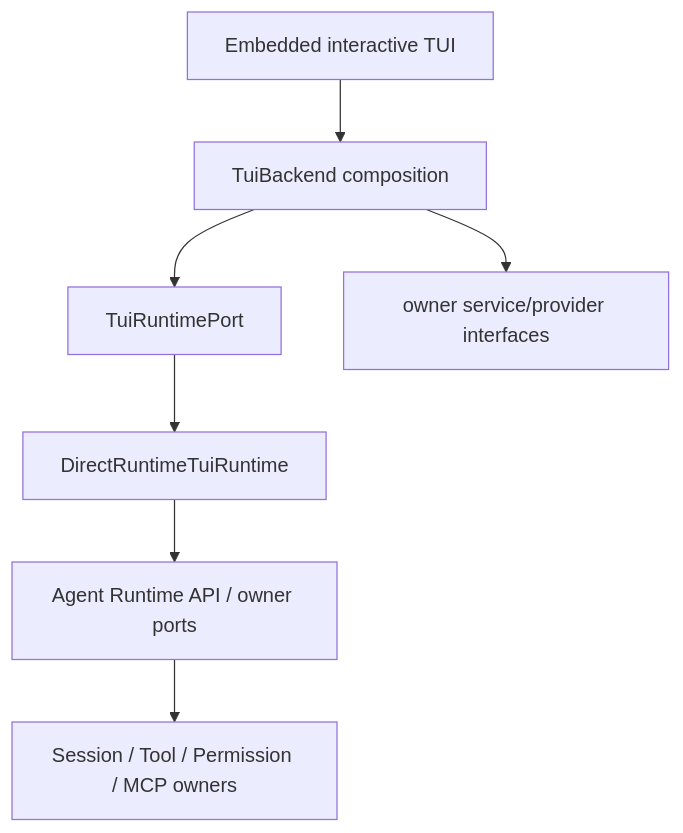
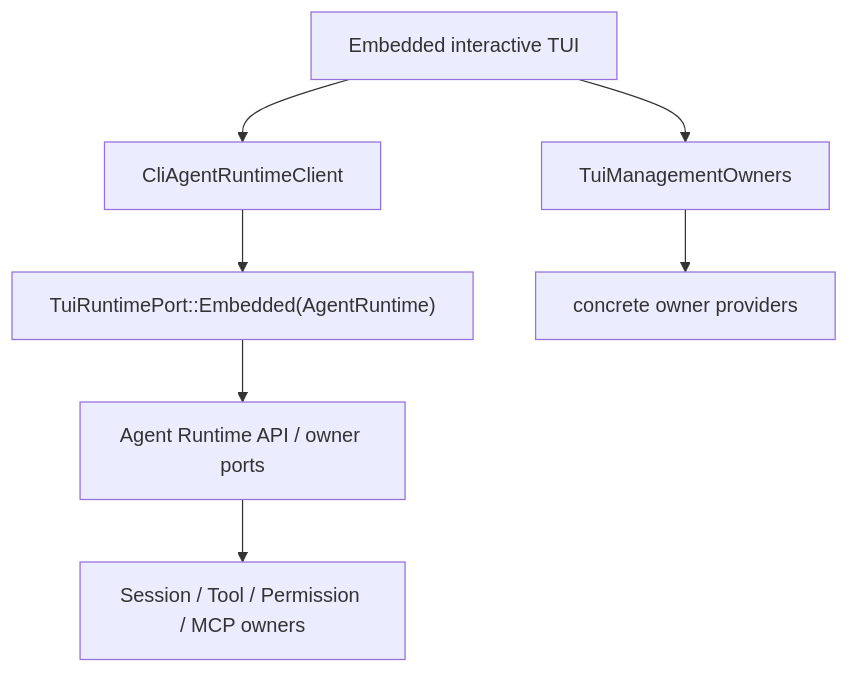
The third of 17 diagrams in docs/architecture/agent-runtime-deployment-design.md (GCWing/BitFun), drawn with Mermaid before and after one commit. The commit also changed other lines of this file and 181 other files, not shown here.

First line of the commit message:
refactor(cli): use direct runtime for embedded TUI

````diff
--- a/docs/architecture/agent-runtime-deployment-design.md
+++ b/docs/architecture/agent-runtime-deployment-design.md
@@ -47,9 +49,9 @@
 ```mermaid
 flowchart TB
-  TUI["Embedded interactive TUI"] --> Composition["TuiBackend composition"]
-  Composition --> RuntimePort["TuiRuntimePort"]
-  RuntimePort --> Direct["DirectRuntimeTuiRuntime"]
-  Direct --> API["Agent Runtime API / owner ports"]
-  Composition --> Management["owner service/provider interfaces"]
+  TUI["Embedded interactive TUI"] --> Client["CliAgentRuntimeClient"]
+  Client --> RuntimePort["TuiRuntimePort::Embedded(AgentRuntime)"]
+  RuntimePort --> API["Agent Runtime API / owner ports"]
+  TUI --> Management["TuiManagementOwners"]
+  Management --> Providers["concrete owner providers"]
   API --> Owners["Session / Tool / Permission / MCP owners"]
 ```
````
